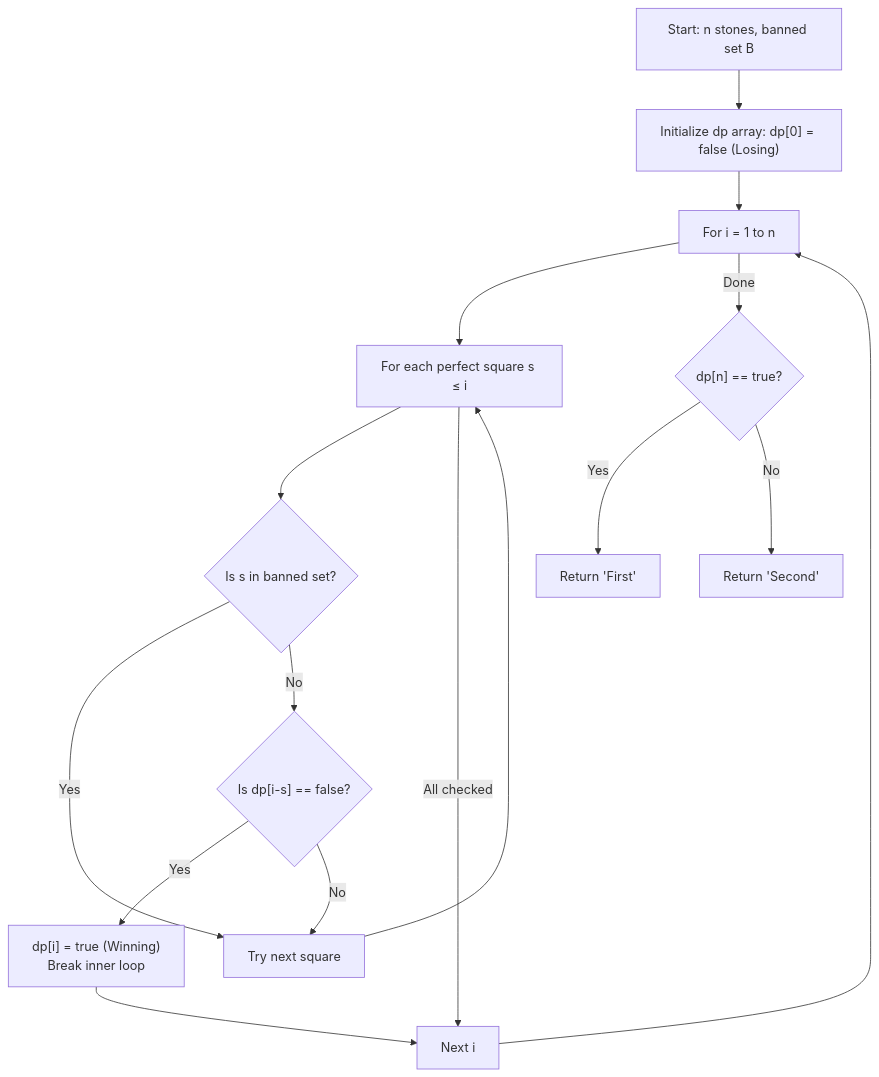
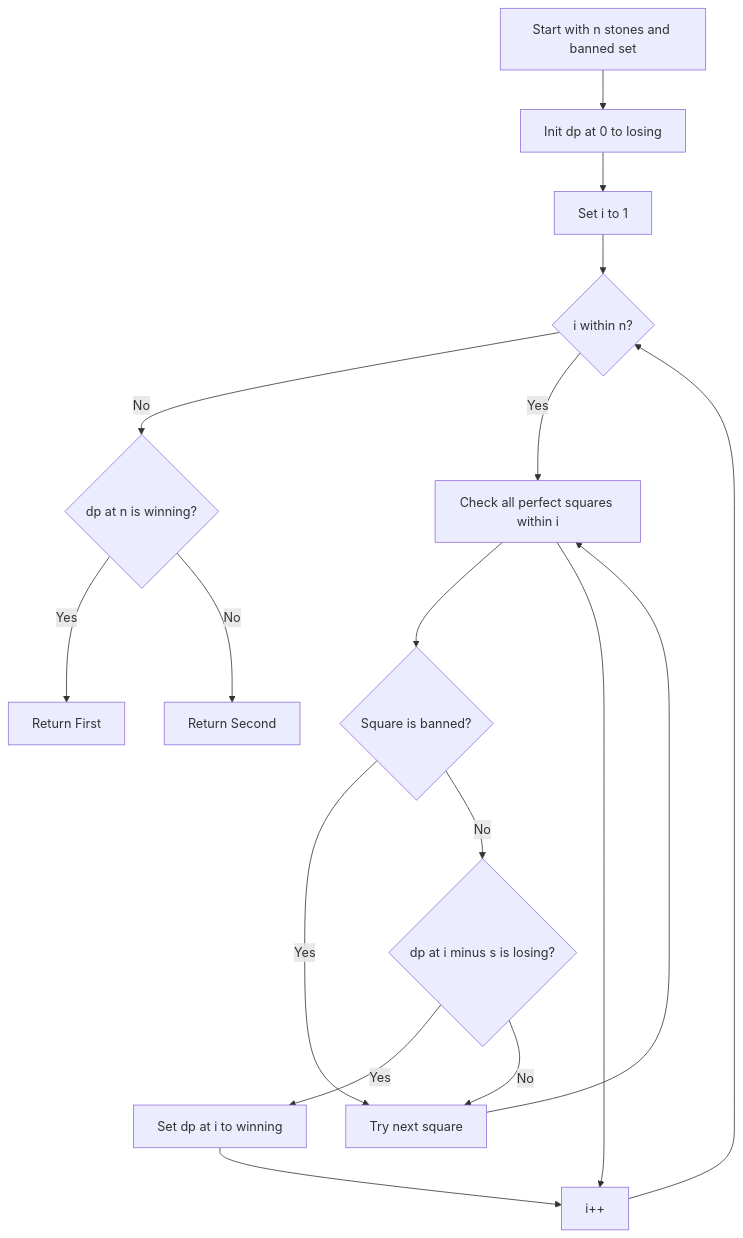
Before and after one commit to GundalaNikhil/DSA: the diagram in dsa-problems/GameTheory/editorials/GMT-003-subtract-square-ban-list.md, drawn with Mermaid. The commit also changed other lines of this file and 429 other files, not shown here.

````diff
--- a/dsa-problems/GameTheory/editorials/GMT-003-subtract-square-ban-list.md
+++ b/dsa-problems/GameTheory/editorials/GMT-003-subtract-square-ban-list.md
@@ -56,18 +58,19 @@
 ```mermaid
 flowchart TD
-    Start["Start: n stones, banned set B"] --> Init["Initialize dp array: dp[0] = false (Losing)"]
-    Init --> Loop["For i = 1 to n"]
-    Loop --> CheckSquares["For each perfect square s ≤ i"]
-    CheckSquares --> IsBanned{"Is s in banned set?"}
-    IsBanned -->|Yes| NextSquare["Try next square"]
-    IsBanned -->|No| CheckPrev{"Is dp[i-s] == false?"}
-    CheckPrev -->|Yes| SetWin["dp[i] = true (Winning)<br/>Break inner loop"]
-    CheckPrev -->|No| NextSquare
-    NextSquare --> CheckSquares
-    SetWin --> NextI["Next i"]
-    CheckSquares -->|All checked| NextI
-    NextI --> Loop
-    Loop -->|Done| Return{"dp[n] == true?"}
-    Return -->|Yes| First["Return 'First'"]
-    Return -->|No| Second["Return 'Second'"]
+    A[Start with n stones and banned set] --> B[Init dp at 0 to losing]
+    B --> C[Set i to 1]
+    C --> D{i within n?}
+    D -- No --> L{dp at n is winning?}
+    D -- Yes --> E[Check all perfect squares within i]
+    E --> F{Square is banned?}
+    F -- Yes --> G[Try next square]
+    F -- No --> H{dp at i minus s is losing?}
+    H -- Yes --> I[Set dp at i to winning]
+    H -- No --> G
+    G --> E
+    I --> J[i++]
+    E --> J
+    J --> D
+    L -- Yes --> M[Return First]
+    L -- No --> N[Return Second]
 ```
````
